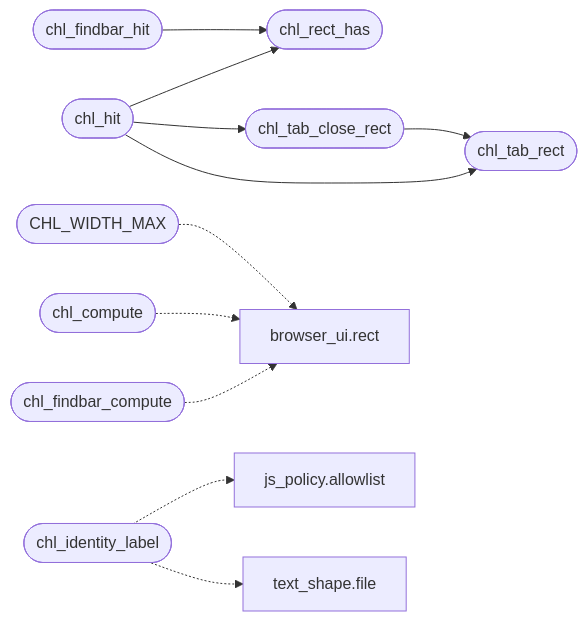
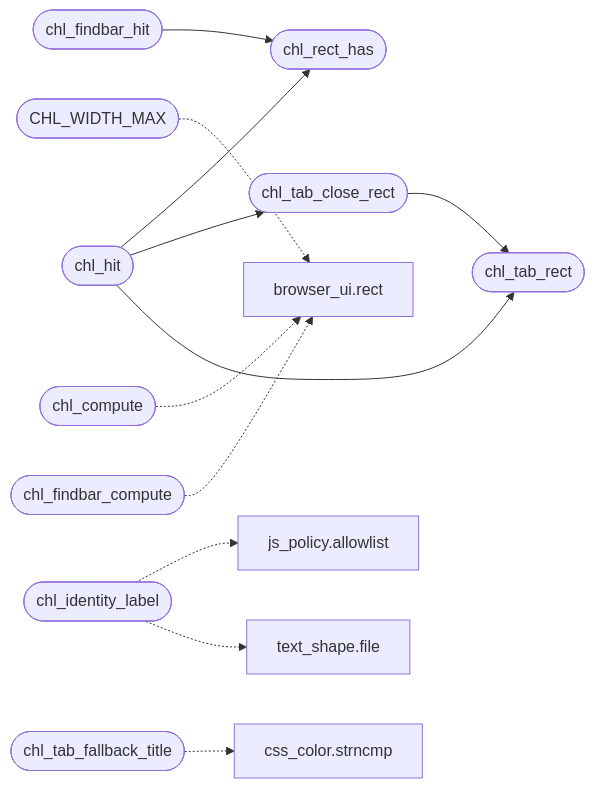
One commit to grisuno/FreeDom changed the diagram in readmenator-apidocs/modules/src.chrome_layout.c.md. Above: the diagram before and after it, drawn with Mermaid. The commit also changed other lines of this file and 423 other files, not shown here.

````diff
--- a/readmenator-apidocs/modules/src.chrome_layout.c.md
+++ b/readmenator-apidocs/modules/src.chrome_layout.c.md
@@ -16,25 +16,28 @@
 ```mermaid
 flowchart LR
     n_src_chrome_layout_c__chl_tab_close_rect(["chl_tab_close_rect"])
     n_src_chrome_layout_c__chl_tab_rect(["chl_tab_rect"])
     n_src_chrome_layout_c__chl_hit(["chl_hit"])
     n_src_chrome_layout_c__chl_rect_has(["chl_rect_has"])
     n_src_chrome_layout_c__chl_findbar_hit(["chl_findbar_hit"])
     n_src_chrome_layout_c__CHL_WIDTH_MAX(["CHL_WIDTH_MAX"])
     n_gui_browser_ui_c__rect["browser_ui.rect"]
     n_src_chrome_layout_c__chl_compute(["chl_compute"])
     n_src_chrome_layout_c__chl_identity_label(["chl_identity_label"])
     n_include_js_policy_h__allowlist["js_policy.allowlist"]
     n_src_text_shape_c__file["text_shape.file"]
     n_src_chrome_layout_c__chl_findbar_compute(["chl_findbar_compute"])
+    n_src_chrome_layout_c__chl_tab_fallback_title(["chl_tab_fallback_title"])
+    n_src_css_color_c__strncmp["css_color.strncmp"]
     n_src_chrome_layout_c__chl_tab_close_rect --> n_src_chrome_layout_c__chl_tab_rect
     n_src_chrome_layout_c__chl_hit --> n_src_chrome_layout_c__chl_rect_has
     n_src_chrome_layout_c__chl_hit --> n_src_chrome_layout_c__chl_tab_close_rect
     n_src_chrome_layout_c__chl_hit --> n_src_chrome_layout_c__chl_tab_rect
     n_src_chrome_layout_c__chl_findbar_hit --> n_src_chrome_layout_c__chl_rect_has
     n_src_chrome_layout_c__CHL_WIDTH_MAX -.-> n_gui_browser_ui_c__rect
     n_src_chrome_layout_c__chl_compute -.-> n_gui_browser_ui_c__rect
     n_src_chrome_layout_c__chl_identity_label -.-> n_include_js_policy_h__allowlist
     n_src_chrome_layout_c__chl_identity_label -.-> n_src_text_shape_c__file
     n_src_chrome_layout_c__chl_findbar_compute -.-> n_gui_browser_ui_c__rect
+    n_src_chrome_layout_c__chl_tab_fallback_title -.-> n_src_css_color_c__strncmp
 ```
````
